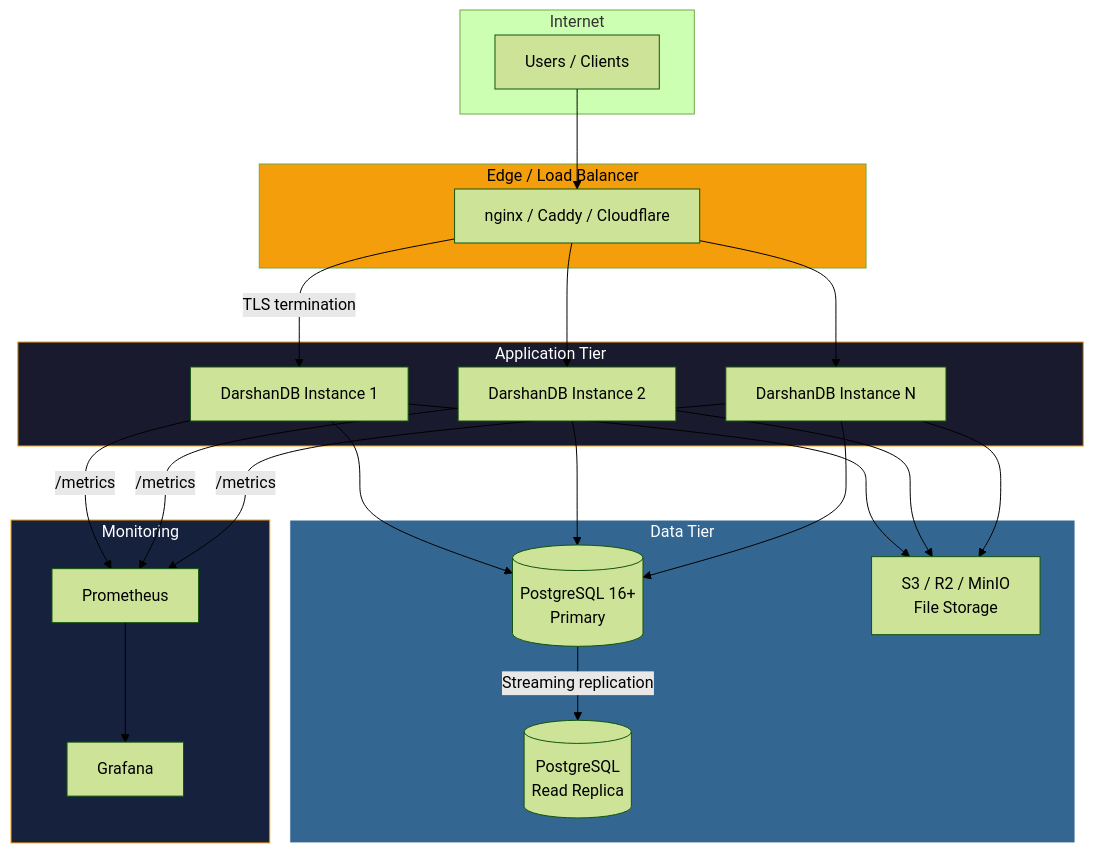
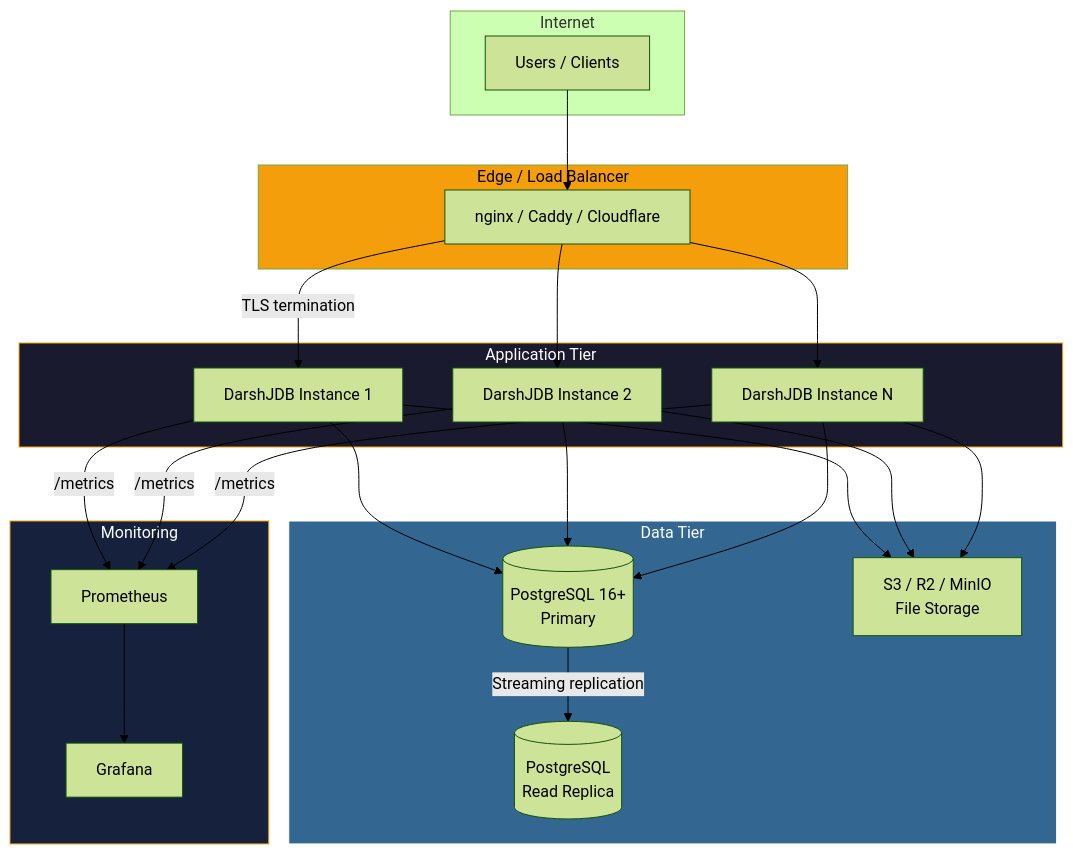
Before and after one commit to darshjme/darshjdb: the diagram in docs/self-hosting.md, drawn with Mermaid (forest theme). The commit also changed other lines of this file and 107 other files, not shown here.

First line of the commit message:
rebrand: DarshanDB → DarshJDB (DDB)

````diff
--- a/docs/self-hosting.md
+++ b/docs/self-hosting.md
@@ -7,48 +7,48 @@
 ```mermaid
 graph TB
     subgraph Internet
         Users[Users / Clients]
     end
 
     subgraph Edge["Edge / Load Balancer"]
         LB[nginx / Caddy / Cloudflare]
     end
 
     subgraph App["Application Tier"]
-        D1[DarshanDB Instance 1]
-        D2[DarshanDB Instance 2]
-        D3[DarshanDB Instance N]
+        D1[DarshJDB Instance 1]
+        D2[DarshJDB Instance 2]
+        D3[DarshJDB Instance N]
     end
 
     subgraph Data["Data Tier"]
         PG[(PostgreSQL 16+<br/>Primary)]
         PGR[(PostgreSQL<br/>Read Replica)]
         S3[S3 / R2 / MinIO<br/>File Storage]
     end
 
     subgraph Monitoring["Monitoring"]
         PROM[Prometheus]
         GRAF[Grafana]
     end
 
     Users --> LB
     LB -->|TLS termination| D1
     LB --> D2
     LB --> D3
     D1 --> PG
     D2 --> PG
     D3 --> PG
     PG -->|Streaming replication| PGR
     D1 --> S3
     D2 --> S3
     D3 --> S3
     D1 -->|/metrics| PROM
     D2 -->|/metrics| PROM
     D3 -->|/metrics| PROM
     PROM --> GRAF
 
     style Edge fill:#F59E0B,color:#000
     style App fill:#1a1a2e,stroke:#F59E0B,color:#fff
     style Data fill:#336791,stroke:#fff,color:#fff
     style Monitoring fill:#16213e,stroke:#F59E0B,color:#fff
 ```
````
